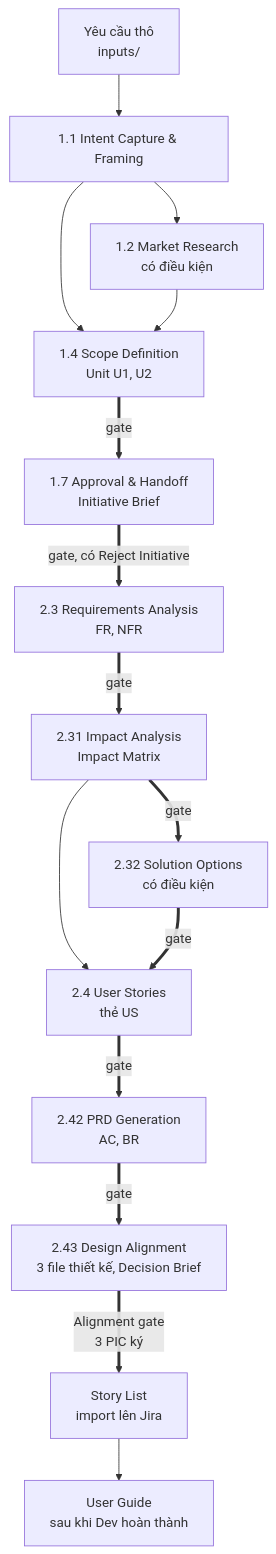
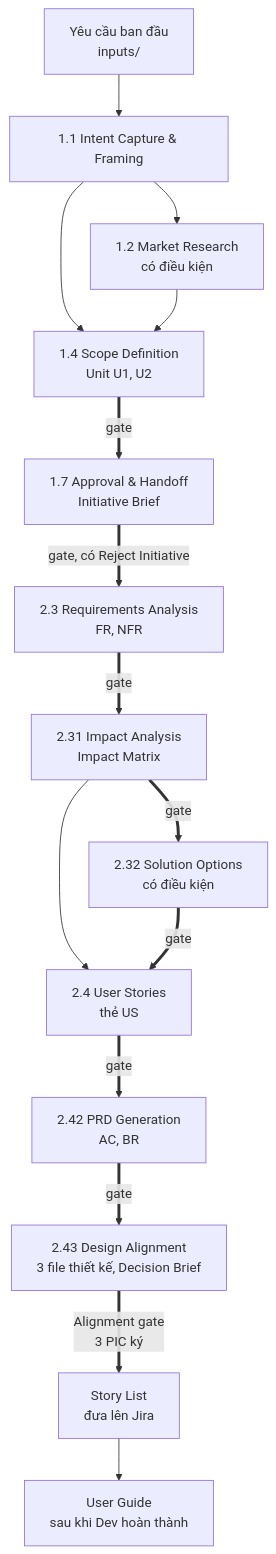
The first of 2 diagrams in README.md (buidhui/po_workflow), drawn with Mermaid before and after one commit. The commit also changed other lines of this file and 7 other files, not shown here.

````diff
--- a/README.md
+++ b/README.md
@@ -151,17 +172,17 @@
 ```mermaid
 flowchart TD
-    IN["Yêu cầu thô<br/>inputs/"] --> S11["1.1 Intent Capture & Framing"]
+    IN["Yêu cầu ban đầu<br/>inputs/"] --> S11["1.1 Intent Capture & Framing"]
     S11 --> S12["1.2 Market Research<br/>có điều kiện"]
     S11 --> S14["1.4 Scope Definition<br/>Unit U1, U2"]
     S12 --> S14
     S14 ==>|"gate"| S17["1.7 Approval & Handoff<br/>Initiative Brief"]
     S17 ==>|"gate, có Reject Initiative"| S23["2.3 Requirements Analysis<br/>FR, NFR"]
     S23 ==>|"gate"| S231["2.31 Impact Analysis<br/>Impact Matrix"]
     S231 ==>|"gate"| S232["2.32 Solution Options<br/>có điều kiện"]
     S231 --> S24
     S232 ==>|"gate"| S24["2.4 User Stories<br/>thẻ US"]
     S24 ==>|"gate"| S242["2.42 PRD Generation<br/>AC, BR"]
     S242 ==>|"gate"| S243["2.43 Design Alignment<br/>3 file thiết kế, Decision Brief"]
-    S243 ==>|"Alignment gate<br/>3 PIC ký"| ST["Story List<br/>import lên Jira"]
+    S243 ==>|"Alignment gate<br/>3 PIC ký"| ST["Story List<br/>đưa lên Jira"]
     ST --> UG["User Guide<br/>sau khi Dev hoàn thành"]
 ```
````
